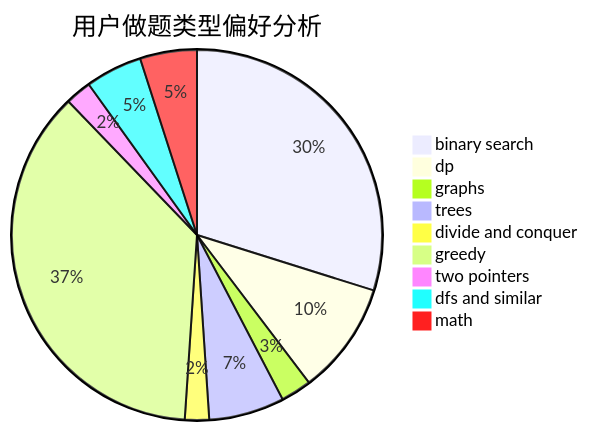
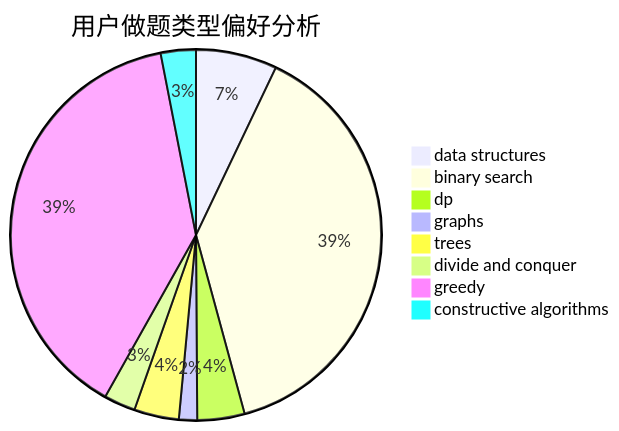
The second of 3 diagrams in docs/user/u2297.md (sherpahu/cfrs.github.io), drawn with Mermaid before and after one commit. The commit also changed other lines of this file and 2775 other files, not shown here.

````diff
--- a/docs/user/u2297.md
+++ b/docs/user/u2297.md
@@ -23,12 +23,11 @@
 ```mermaid
 pie title 用户做题类型偏好分析
-    "binary search" :  367
-    "dp" :  121
-    "graphs" :  33
-    "trees" :  81
+    "data structures" :  67
+    "binary search" :  366
+    "dp" :  39
+    "graphs" :  15
+    "trees" :  37
     "divide and conquer" :  26
-    "greedy" :  452
-    "two pointers" :  28
-    "dfs and similar" :  61
-    "math" :  61
+    "greedy" :  367
+    "constructive algorithms" :  29
 ```
````
